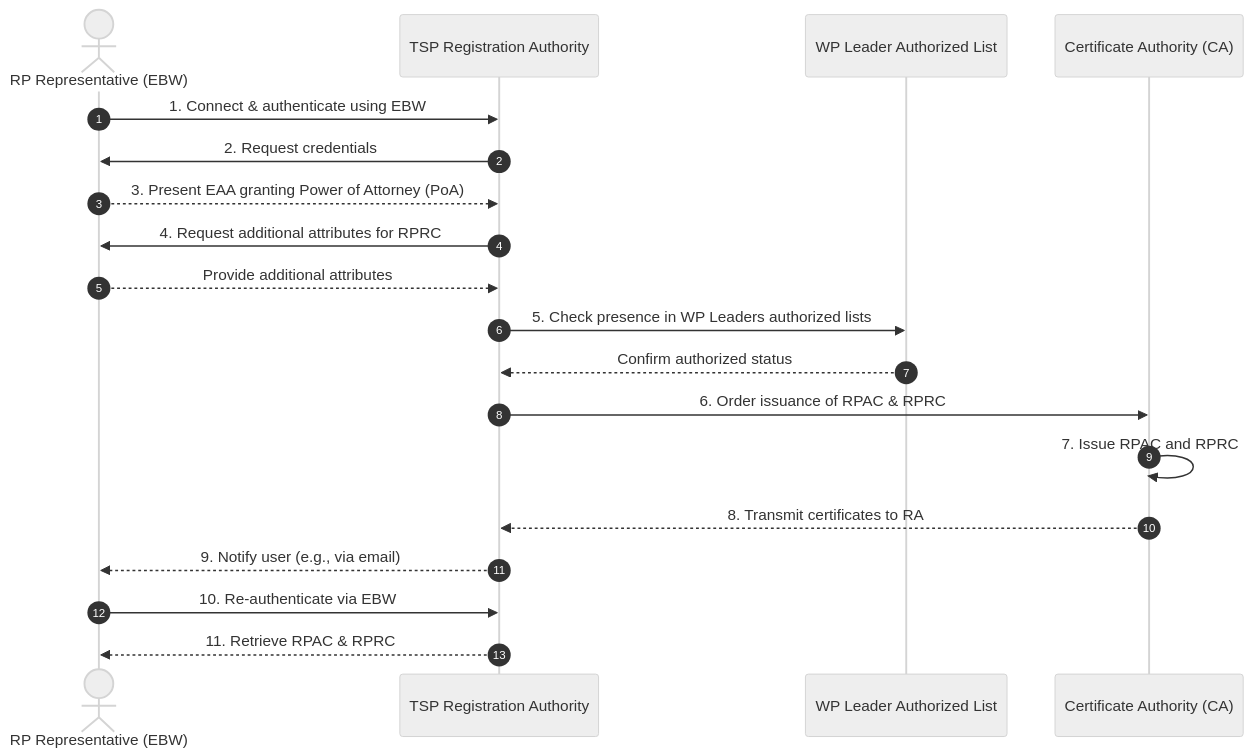
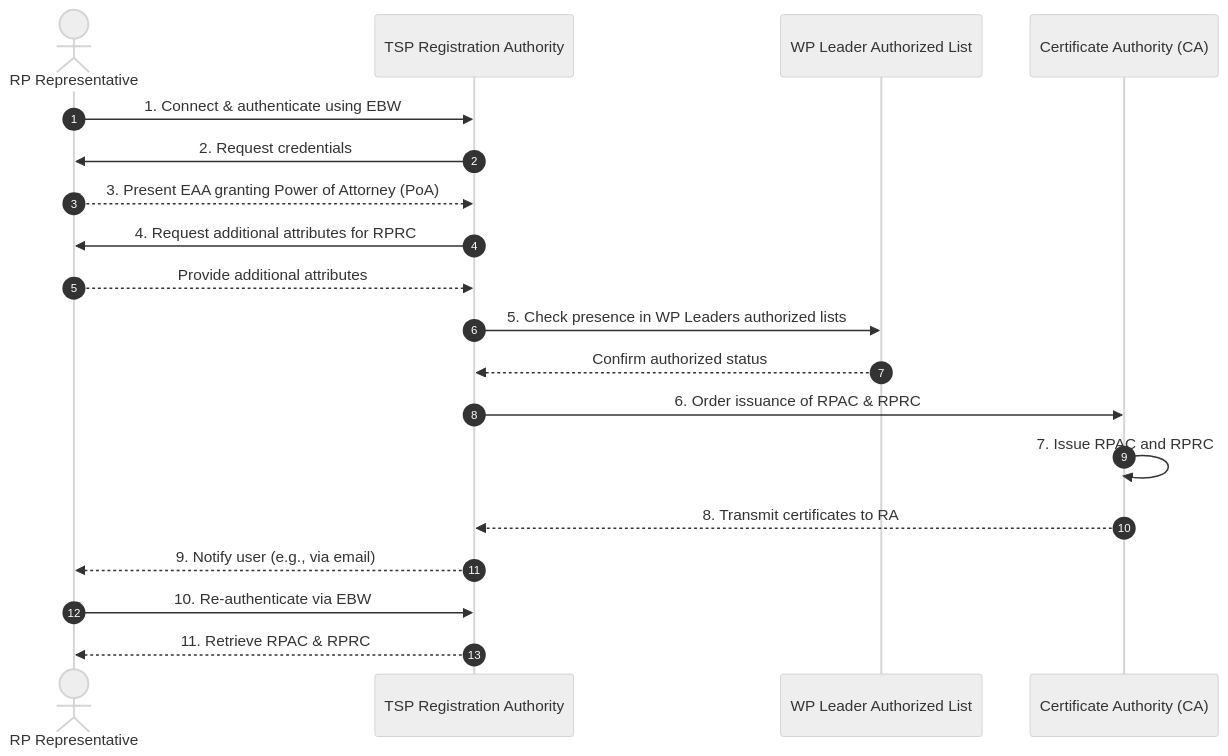
One commit to webuild-consortium/wp4-architecture changed the first of 2 diagrams in conformance-specs/cs-13-intermediary-services-preflight.md. Above: the diagram before and after it, drawn with Mermaid (neutral theme).

Commit message:
Apply suggestion from @Saramandus

````diff
--- a/conformance-specs/cs-13-intermediary-services-preflight.md
+++ b/conformance-specs/cs-13-intermediary-services-preflight.md
@@ -74,22 +74,22 @@
 ```mermaid
 sequenceDiagram
     autonumber
-    actor User as RP Representative (EBW)
+    actor User as RP Representative
     participant RA as TSP Registration Authority
     participant List as WP Leader Authorized List
     participant CA as Certificate Authority (CA)
 
     User->>RA: 1. Connect & authenticate using EBW
     RA->>User: 2. Request credentials
     User-->>RA: 3. Present EAA granting Power of Attorney (PoA)
     RA->>User: 4. Request additional attributes for RPRC
     User-->>RA: Provide additional attributes
     RA->>List: 5. Check presence in WP Leaders authorized lists
     List-->>RA: Confirm authorized status
     RA->>CA: 6. Order issuance of RPAC & RPRC
     CA->>CA: 7. Issue RPAC and RPRC
     CA-->>RA: 8. Transmit certificates to RA
     RA-->>User: 9. Notify user (e.g., via email)
     User->>RA: 10. Re-authenticate via EBW
     RA-->>User: 11. Retrieve RPAC & RPRC
 ```
````
